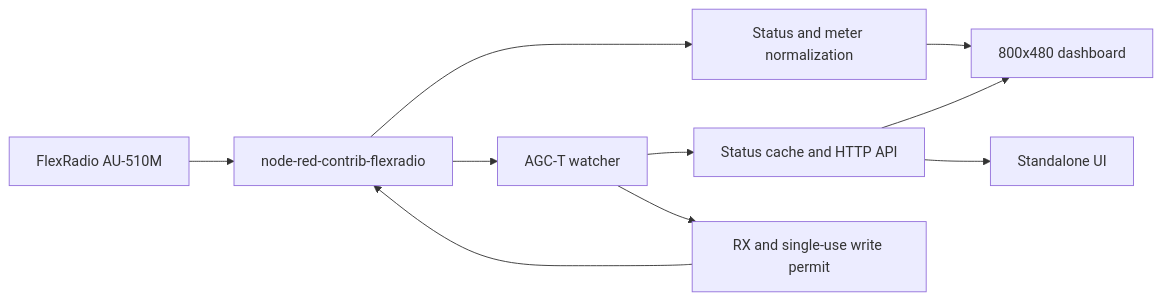
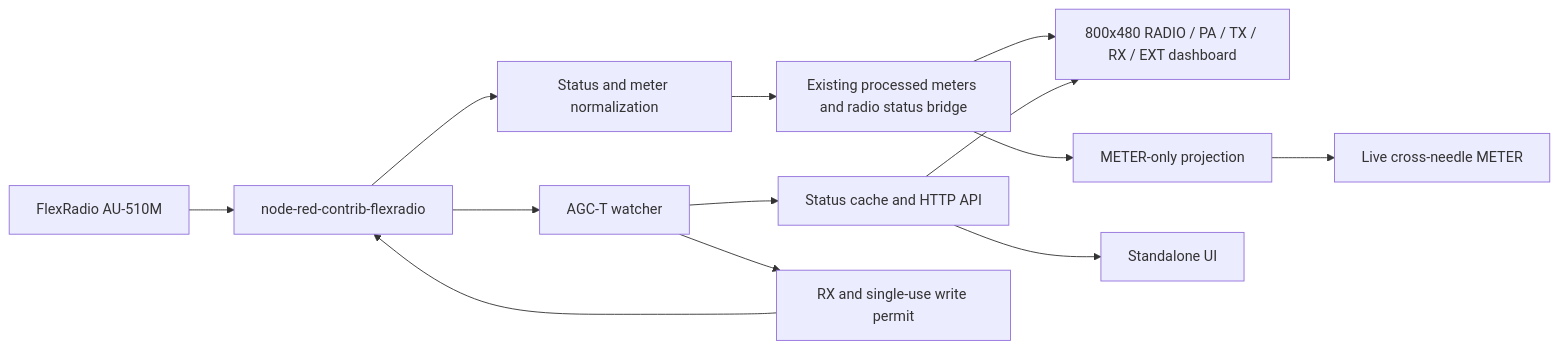
Before and after one commit to dk1aj/AU510M-NodeRED: the diagram in docs/architecture.md, drawn with Mermaid. The commit also changed other lines of this file and 9 other files, not shown here.

````diff
--- a/docs/architecture.md
+++ b/docs/architecture.md
@@ -3,12 +3,15 @@
 ```mermaid
 flowchart LR
  R[FlexRadio AU-510M] --> F[node-red-contrib-flexradio]
  F --> N[Status and meter normalization]
- N --> D[800x480 dashboard]
+ N --> B[Existing processed meters and radio status bridge]
+ B --> D[800x480 RADIO / PA / TX / RX / EXT dashboard]
+ B --> P[METER-only projection]
+ P --> M[Live cross-needle METER]
  F --> W[AGC-T watcher]
  W --> S[Status cache and HTTP API]
  S --> D
  S --> U[Standalone UI]
  W --> G[RX and single-use write permit]
  G --> F
 ```
````
